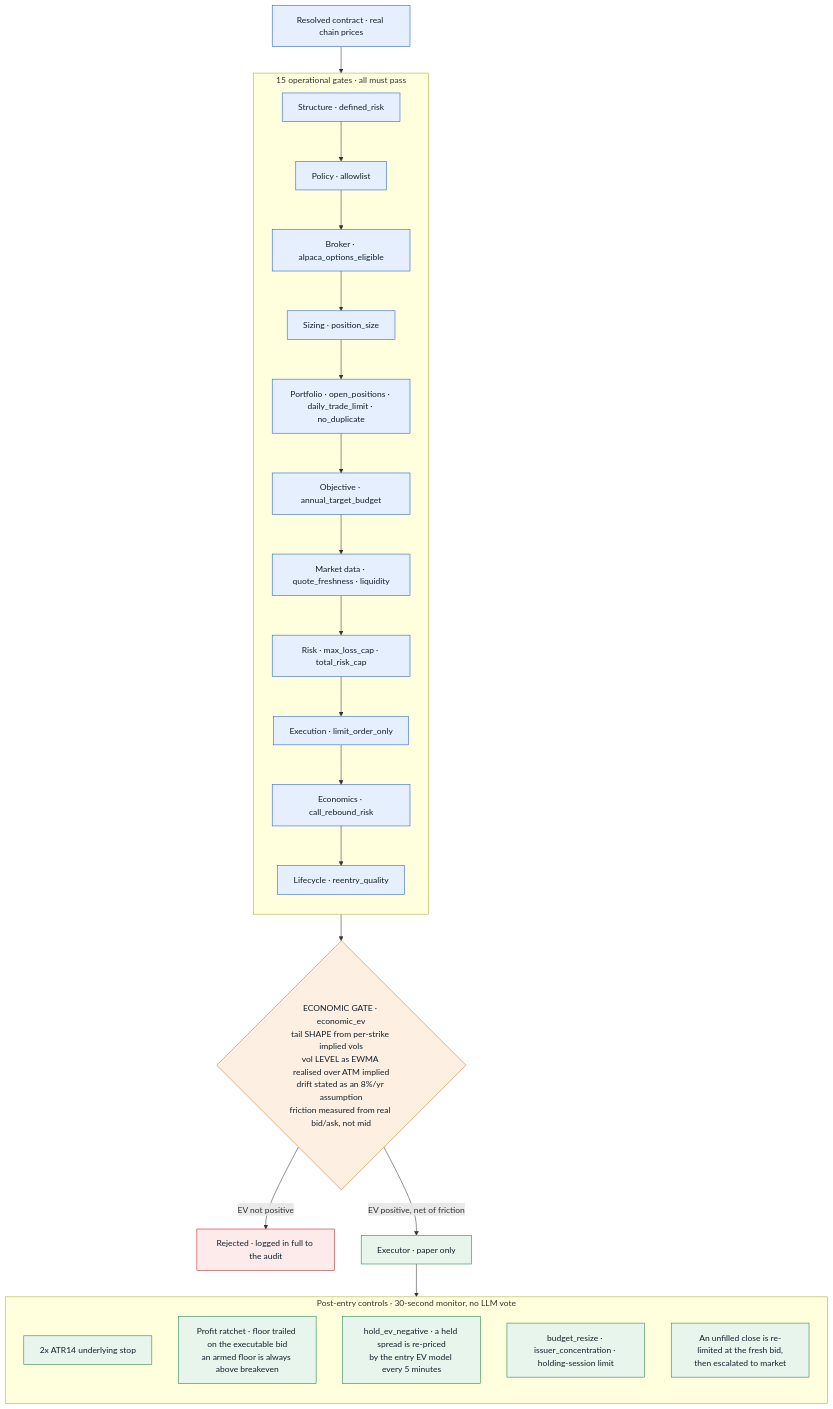
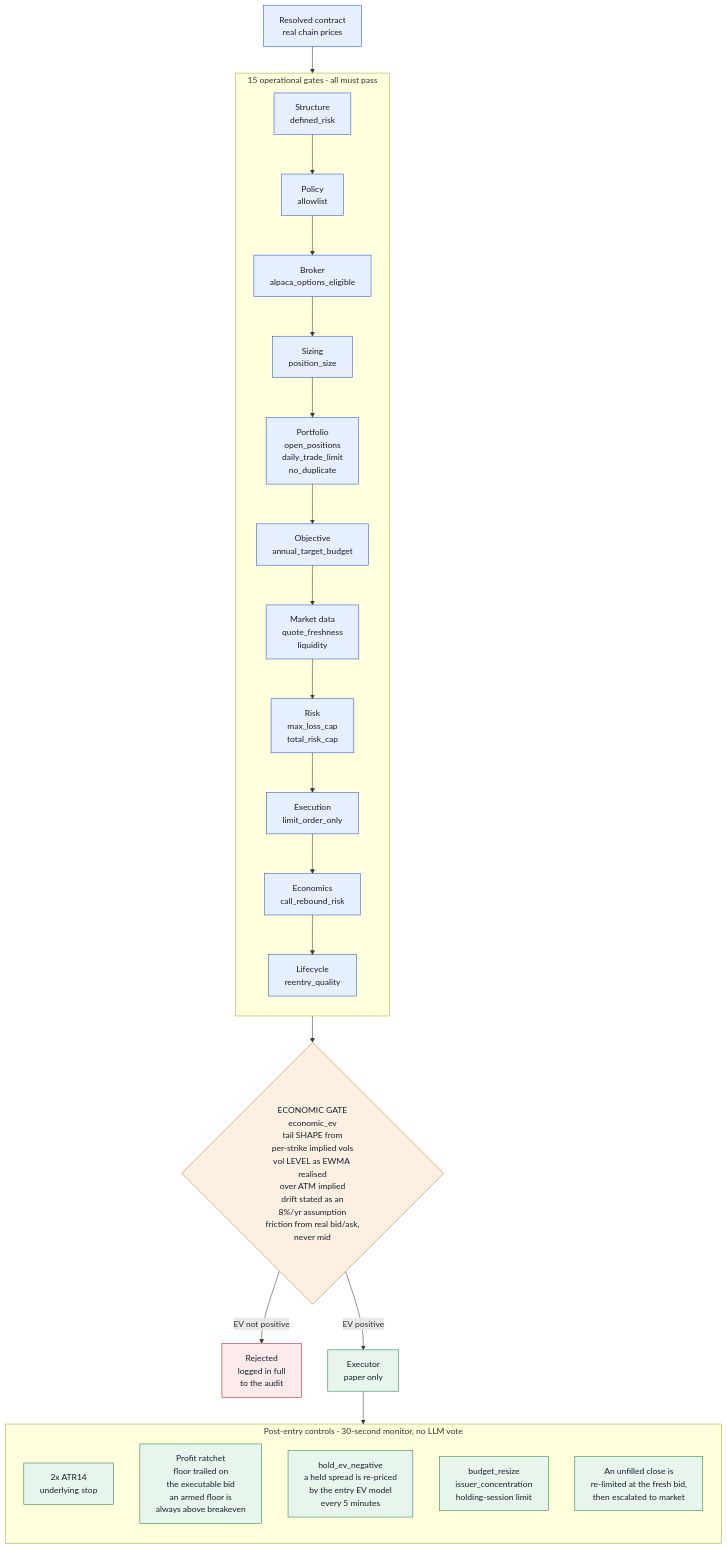
The third of 4 diagrams in README.md (hinagate/PacaPounce), drawn with Mermaid before and after one commit. The commit also changed other lines of this file, not shown here.

First line of the commit message:
Stop the diagram labels from overflowing their boxes

````diff
--- a/README.md
+++ b/README.md
@@ -161,46 +161,46 @@
 ```mermaid
 flowchart TD
-    IN["Resolved contract · real chain prices"]
+    IN["Resolved contract<br/>real chain prices"]
 
     subgraph OPS["15 operational gates · all must pass"]
         direction TB
-        O1["Structure · defined_risk"]
-        O2["Policy · allowlist"]
-        O3["Broker · alpaca_options_eligible"]
-        O4["Sizing · position_size"]
-        O5["Portfolio · open_positions · daily_trade_limit · no_duplicate"]
-        O6["Objective · annual_target_budget"]
-        O7["Market data · quote_freshness · liquidity"]
-        O8["Risk · max_loss_cap · total_risk_cap"]
-        O9["Execution · limit_order_only"]
-        O10["Economics · call_rebound_risk"]
-        O11["Lifecycle · reentry_quality"]
+        O1["Structure<br/>defined_risk"]
+        O2["Policy<br/>allowlist"]
+        O3["Broker<br/>alpaca_options_eligible"]
+        O4["Sizing<br/>position_size"]
+        O5["Portfolio<br/>open_positions<br/>daily_trade_limit<br/>no_duplicate"]
+        O6["Objective<br/>annual_target_budget"]
+        O7["Market data<br/>quote_freshness<br/>liquidity"]
+        O8["Risk<br/>max_loss_cap<br/>total_risk_cap"]
+        O9["Execution<br/>limit_order_only"]
+        O10["Economics<br/>call_rebound_risk"]
+        O11["Lifecycle<br/>reentry_quality"]
         O1 --> O2 --> O3 --> O4 --> O5 --> O6 --> O7 --> O8 --> O9 --> O10 --> O11
     end
 
     IN --> O1
-    O11 --> EG{"ECONOMIC GATE · economic_ev<br/>tail SHAPE from per-strike implied vols<br/>vol LEVEL as EWMA realised over ATM implied<br/>drift stated as an 8%/yr assumption<br/>friction measured from real bid/ask, not mid"}
+    O11 --> EG{"ECONOMIC GATE<br/>economic_ev<br/>tail SHAPE from<br/>per-strike implied vols<br/>vol LEVEL as EWMA realised<br/>over ATM implied<br/>drift stated as an<br/>8%/yr assumption<br/>friction from real bid/ask,<br/>never mid"}
 
-    EG -->|"EV not positive"| REJ["Rejected · logged in full to the audit"]
-    EG -->|"EV positive, net of friction"| EXEC["Executor · paper only"]
+    EG -->|"EV not positive"| REJ["Rejected<br/>logged in full<br/>to the audit"]
+    EG -->|"EV positive"| EXEC["Executor<br/>paper only"]
 
     EXEC --> POST
 
     subgraph POST["Post-entry controls · 30-second monitor, no LLM vote"]
         direction TB
-        P1["2x ATR14 underlying stop"]
-        P2["Profit ratchet · floor trailed on the executable bid<br/>an armed floor is always above breakeven"]
-        P3["hold_ev_negative · a held spread is re-priced<br/>by the entry EV model every 5 minutes"]
-        P4["budget_resize · issuer_concentration · holding-session limit"]
-        P5["An unfilled close is re-limited at the fresh bid,<br/>then escalated to market"]
+        P1["2x ATR14<br/>underlying stop"]
+        P2["Profit ratchet<br/>floor trailed on<br/>the executable bid<br/>an armed floor is<br/>always above breakeven"]
+        P3["hold_ev_negative<br/>a held spread is re-priced<br/>by the entry EV model<br/>every 5 minutes"]
+        P4["budget_resize<br/>issuer_concentration<br/>holding-session limit"]
+        P5["An unfilled close is<br/>re-limited at the fresh bid,<br/>then escalated to market"]
     end
 
     classDef ops fill:#e6effd,stroke:#1a56db,color:#12202e;
     classDef econ fill:#fdf0e2,stroke:#c2751a,color:#12202e;
     classDef bad fill:#fdeaea,stroke:#b91c1c,color:#12202e;
     classDef good fill:#e7f5ec,stroke:#1a7f45,color:#12202e;
     class IN,O1,O2,O3,O4,O5,O6,O7,O8,O9,O10,O11 ops;
     class EG econ;
     class REJ bad;
     class EXEC,P1,P2,P3,P4,P5 good;
 ```
````
